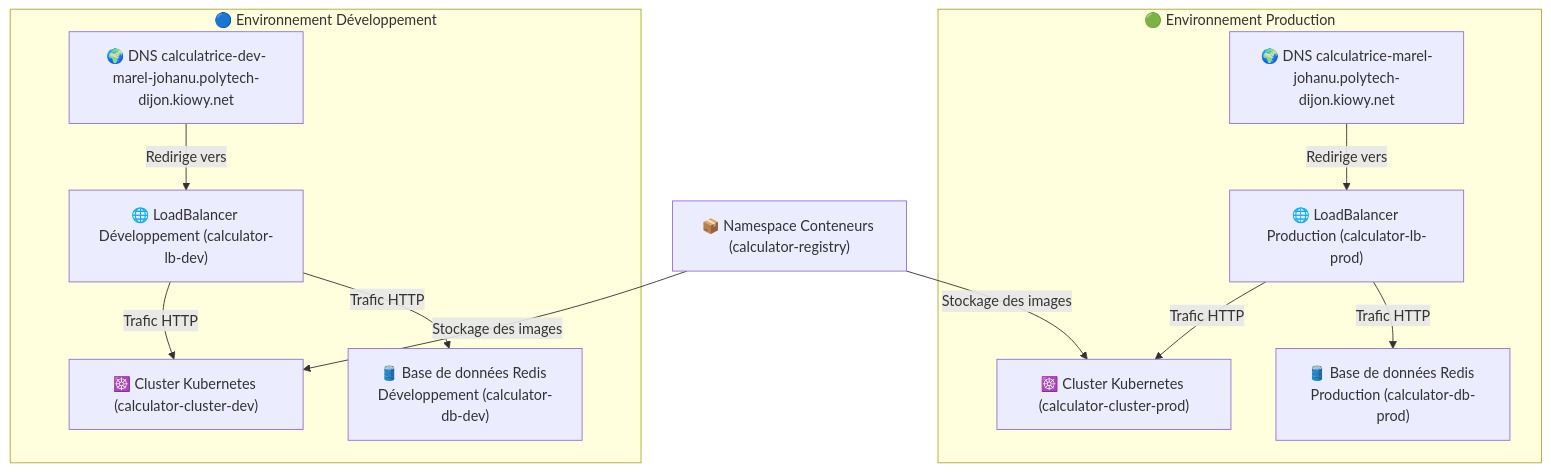
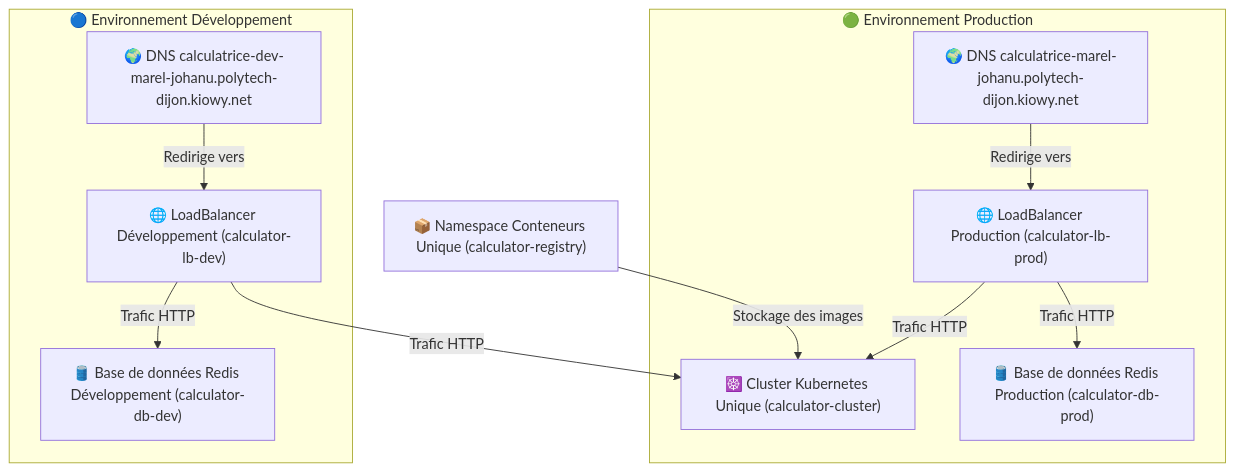
Before and after one commit to agonglomarel7/module_virtualisation_-_cloud_computing: the diagram in foundation/README.md, drawn with Mermaid.

````diff
--- a/foundation/README.md
+++ b/foundation/README.md
@@ -9,17 +9,16 @@
 ```mermaid
 graph TD;
     subgraph PROD["🟢 Environnement Production"]
-        LB_PROD["🌐 LoadBalancer Production (calculator-lb-prod)"] -->|Trafic HTTP| K8S_PROD["☸️ Cluster Kubernetes (calculator-cluster-prod)"];
+        LB_PROD["🌐 LoadBalancer Production (calculator-lb-prod)"] -->|Trafic HTTP| K8S["☸️ Cluster Kubernetes Unique (calculator-cluster)"];
         LB_PROD -->|Trafic HTTP| Redis_PROD["🛢️ Base de données Redis Production (calculator-db-prod)"];
         DNS_PROD["🌍 DNS calculatrice-marel-johanu.polytech-dijon.kiowy.net"] -->|Redirige vers| LB_PROD;
     end
 
     subgraph DEV["🔵 Environnement Développement"]
-        LB_DEV["🌐 LoadBalancer Développement (calculator-lb-dev)"] -->|Trafic HTTP| K8S_DEV["☸️ Cluster Kubernetes (calculator-cluster-dev)"];
+        LB_DEV["🌐 LoadBalancer Développement (calculator-lb-dev)"] -->|Trafic HTTP| K8S;
         LB_DEV -->|Trafic HTTP| Redis_DEV["🛢️ Base de données Redis Développement (calculator-db-dev)"];
         DNS_DEV["🌍 DNS calculatrice-dev-marel-johanu.polytech-dijon.kiowy.net"] -->|Redirige vers| LB_DEV;
     end
 
-    Registry["📦 Namespace Conteneurs (calculator-registry)"] -->|Stockage des images| K8S_PROD;
-    Registry -->|Stockage des images| K8S_DEV;
+    Registry["📦 Namespace Conteneurs Unique (calculator-registry)"] -->|Stockage des images| K8S;
 ```
````
